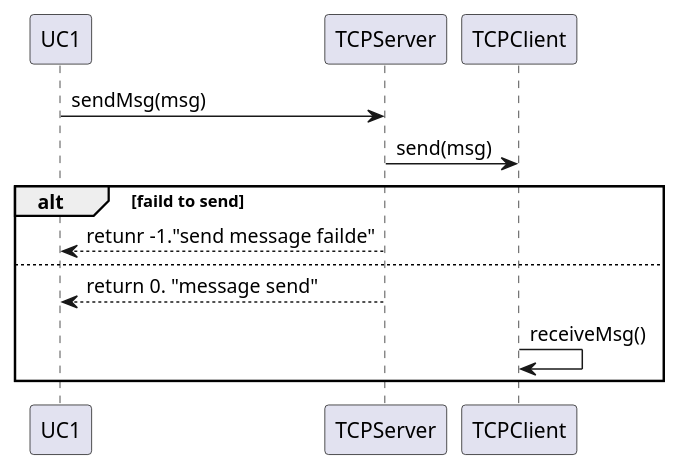
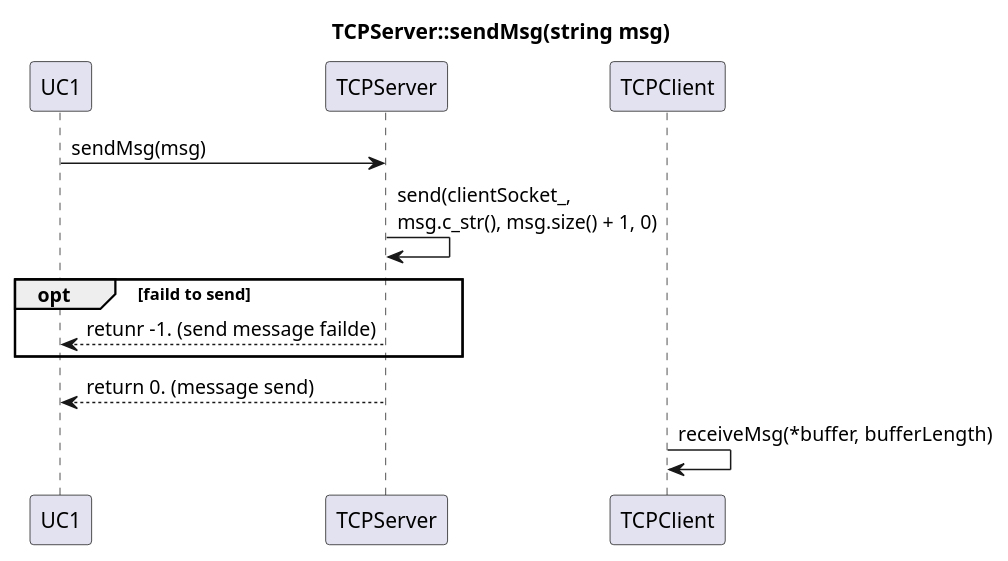
Before and after one commit to Solvgraa-mager/E3PRJ3: the diagram in Diagrammer/Robo_Sumo_Battle/Communication/Sekvensdiagrammer/TCP/TCPServer/TCPServer_sendMsg.plantuml, drawn with PlantUML. The commit also changed 24 other files, not shown here.

```diff
--- a/Diagrammer/Robo_Sumo_Battle/Communication/Sekvensdiagrammer/TCP/TCPServer/TCPServer_sendMsg.plantuml
+++ b/Diagrammer/Robo_Sumo_Battle/Communication/Sekvensdiagrammer/TCP/TCPServer/TCPServer_sendMsg.plantuml
@@ -1,14 +1,16 @@
 @startuml
+title TCPServer::sendMsg(string msg)
 participant UC1
 participant TCPServer
 participant TCPClient
 
 UC1 -> TCPServer : sendMsg(msg)
-TCPServer -> TCPClient : send(msg)
-alt faild to send
-    UC1 <-- TCPServer : retunr -1."send message failde"
-else
-    UC1 <-- TCPServer : return 0. "message send"
-    TCPClient -> TCPClient : receiveMsg()
+TCPServer -> TCPServer : send(clientSocket_,\nmsg.c_str(), msg.size() + 1, 0)
+opt faild to send
+    UC1 <-- TCPServer : retunr -1. (send message failde)
 end
+UC1 <-- TCPServer : return 0. (message send)
+TCPClient -> TCPClient : receiveMsg(*buffer, bufferLength)
+
+
 @enduml
```
